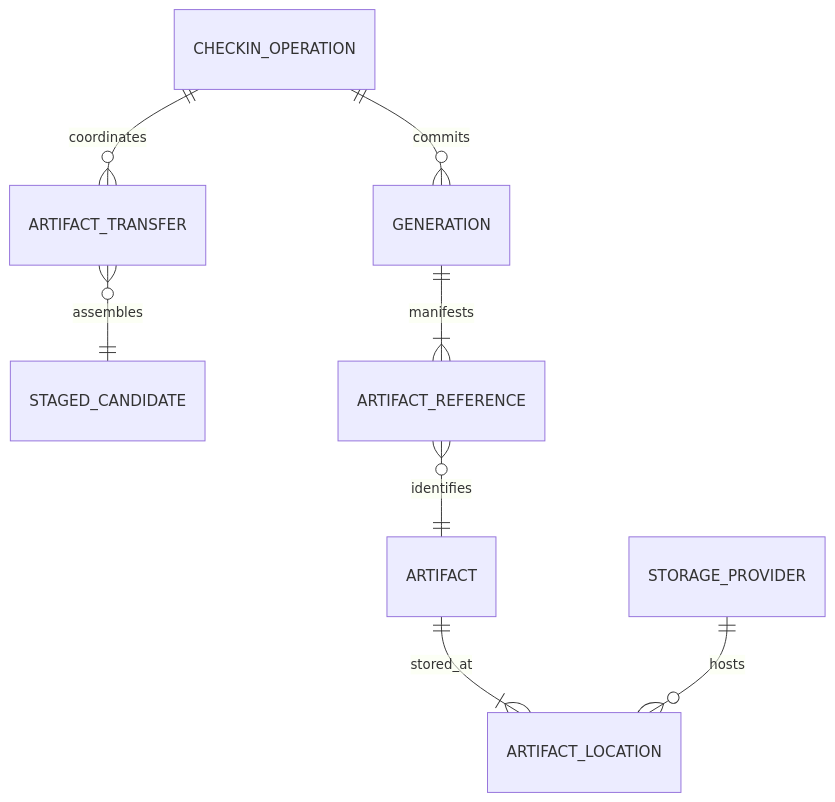
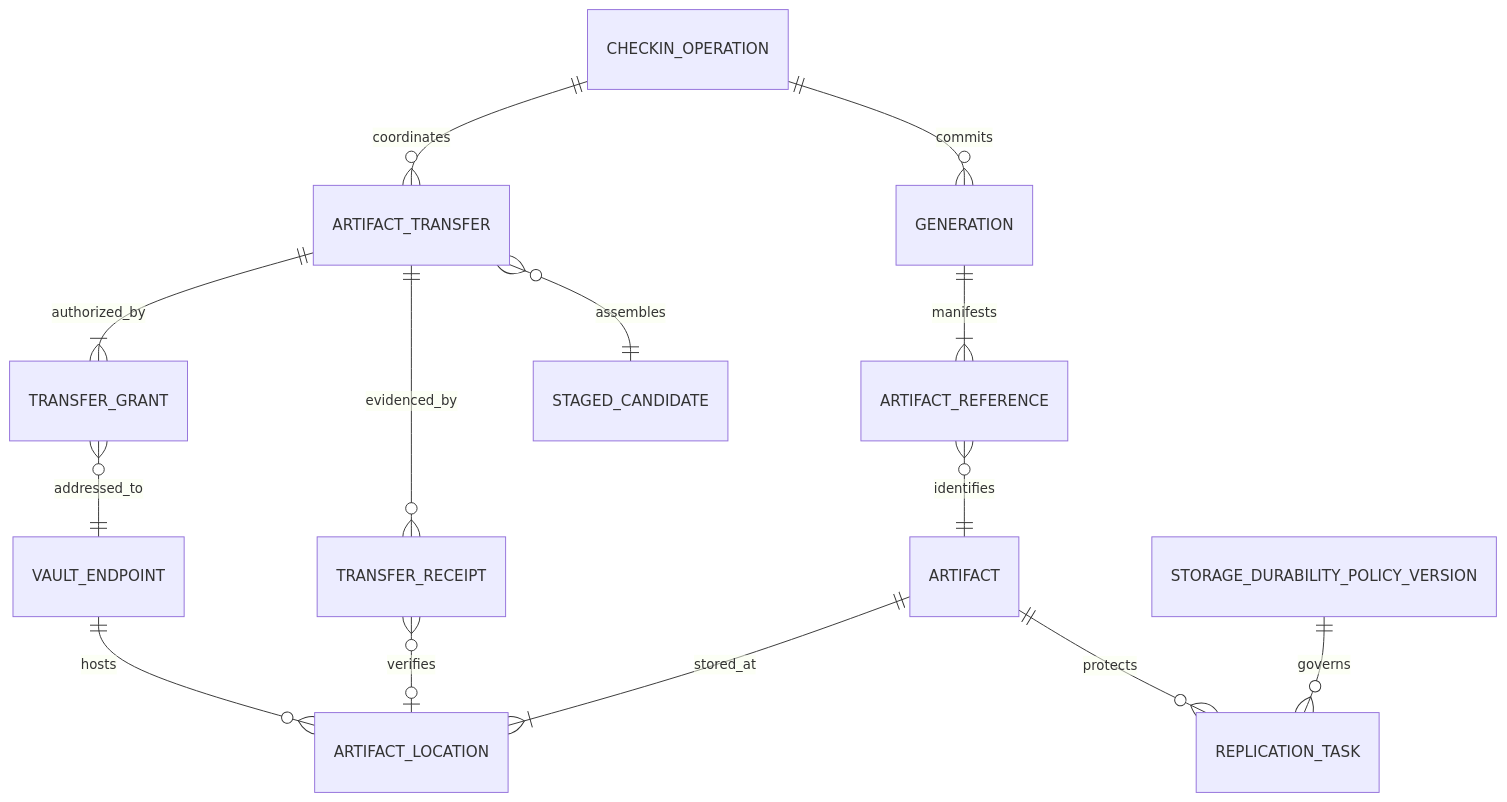
One commit to devphuclam/IDEAEngineering changed the third of 4 diagrams in docs/product/instances/idea-engineering/DOC-06-data-integration-and-migration-specification.md. Above: the diagram before and after it, drawn with Mermaid. The commit also changed other lines of this file and 496 other files, not shown here.

Commit message:
docs: update vault architecture and clean repository evidence

````diff
--- a/docs/product/instances/idea-engineering/DOC-06-data-integration-and-migration-specification.md
+++ b/docs/product/instances/idea-engineering/DOC-06-data-integration-and-migration-specification.md
@@ -190,13 +196,19 @@
 ```mermaid
 erDiagram
-    accTitle: Artifact transfer and storage identity
-    accDescr: A Check-in Operation declares Artifact Transfers, while Artifact Custody owns their private staged candidates, verified Artifact identities and replaceable locations. Only a committed Controlled Product Data operation creates Generations whose manifests own CPD ArtifactReferences; Product Structure and Format Intelligence may keep separate exact ArtifactId/digest pins in their own Representation metadata. Artifact Locations map each digest to replaceable storage providers without changing document or Generation identity.
+    accTitle: Artifact transfer and multi-location custody identity
+    accDescr: A Check-in Operation declares Artifact Transfers. Each transfer is authorized by one or more short-lived grants addressed to an eligible Vault Endpoint and produces authenticated receipts. Artifact Custody owns private staged candidates, verified logical Artifacts and one or more physical locations. Replication Tasks create or repair locations under an exact Storage Durability Policy version. Only a committed Controlled Product Data operation creates Generations whose manifests reference the logical Artifact.
 
     CHECKIN_OPERATION ||--o{ ARTIFACT_TRANSFER : coordinates
+    ARTIFACT_TRANSFER ||--|{ TRANSFER_GRANT : authorized_by
+    TRANSFER_GRANT }o--|| VAULT_ENDPOINT : addressed_to
+    ARTIFACT_TRANSFER ||--o{ TRANSFER_RECEIPT : evidenced_by
     ARTIFACT_TRANSFER }o--|| STAGED_CANDIDATE : assembles
     CHECKIN_OPERATION ||--o{ GENERATION : commits
     GENERATION ||--|{ ARTIFACT_REFERENCE : manifests
     ARTIFACT_REFERENCE }o--|| ARTIFACT : identifies
     ARTIFACT ||--|{ ARTIFACT_LOCATION : stored_at
-    STORAGE_PROVIDER ||--o{ ARTIFACT_LOCATION : hosts
+    VAULT_ENDPOINT ||--o{ ARTIFACT_LOCATION : hosts
+    TRANSFER_RECEIPT }o--o| ARTIFACT_LOCATION : verifies
+    ARTIFACT ||--o{ REPLICATION_TASK : protects
+    STORAGE_DURABILITY_POLICY_VERSION ||--o{ REPLICATION_TASK : governs
 ```
````
